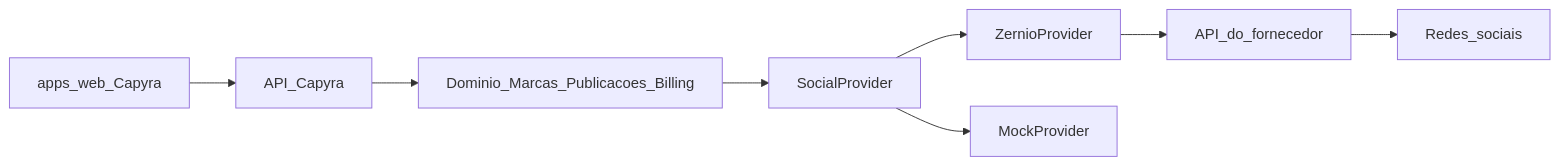
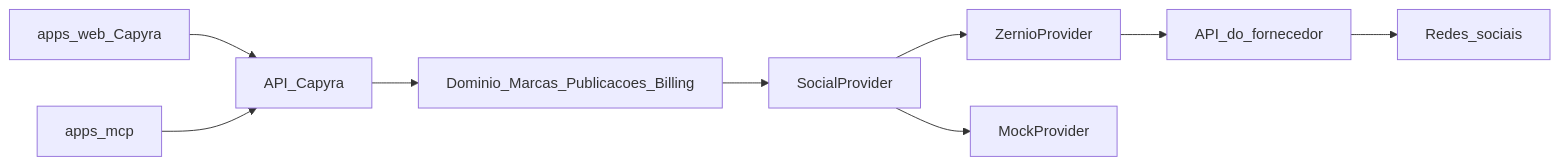
The first of 2 diagrams in docs/PRD.md (ebsj/capyra), drawn with Mermaid before and after one commit. The commit also changed other lines of this file and 13 other files, not shown here.

````diff
--- a/docs/PRD.md
+++ b/docs/PRD.md
@@ -348,10 +351,11 @@
 ```mermaid
 flowchart LR
   Web[apps_web_Capyra] --> Api[API_Capyra]
+  Mcp[apps_mcp] --> Api
   Api --> Domain[Dominio_Marcas_Publicacoes_Billing]
   Domain --> Provider[SocialProvider]
   Provider --> Zernio[ZernioProvider]
   Provider --> Mock[MockProvider]
   Zernio --> ZernioAPI[API_do_fornecedor]
   ZernioAPI --> Networks[Redes_sociais]
 ```
````
